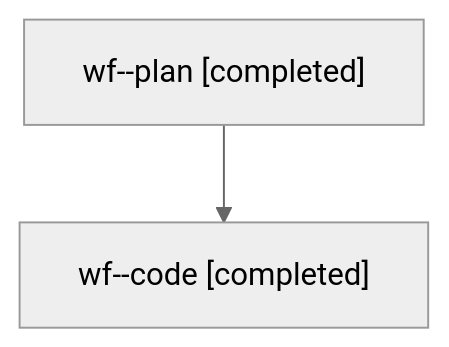
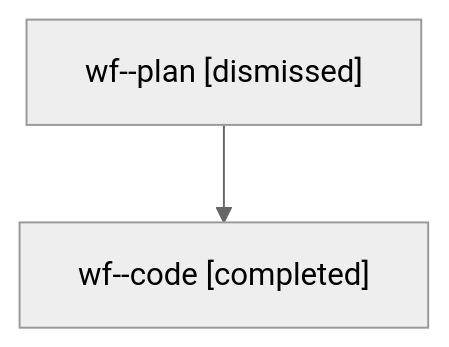
One commit to sase-org/sase--agents changed the diagram in families/bbugyi200.athena.wf.md. Above: the diagram before and after it, drawn with Mermaid (neutral theme). The commit also changed other lines of this file and 1497 other files, not shown here.

````diff
--- a/families/bbugyi200.athena.wf.md
+++ b/families/bbugyi200.athena.wf.md
@@ -9,6 +9,6 @@
 ```mermaid
 flowchart TD
-  n0["wf--plan [completed]"]
+  n0["wf--plan [dismissed]"]
   n1["wf--code [completed]"]
   n0 --> n1
 ```
````
